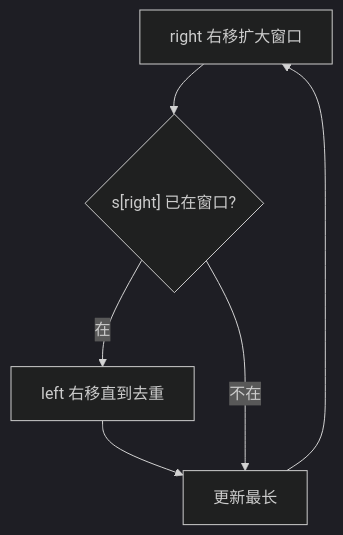
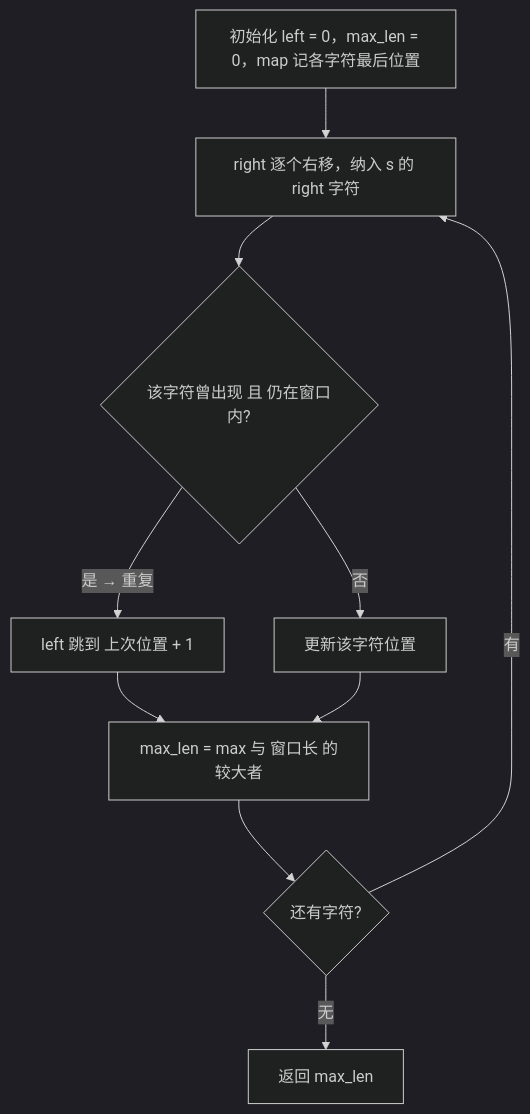
The first of 2 diagrams in 03-滑动窗口/0003-无重复字符的最长子串.md (OctalZero/hot100-py), drawn with Mermaid (dark theme) before and after one commit. The commit also changed other lines of this file and 117 other files, not shown here.

First line of the commit message:
feat: 全题解配图升级为「动画式 mermaid」（总览骨架 + 横向时间线逐步推演）

````diff
--- a/03-滑动窗口/0003-无重复字符的最长子串.md
+++ b/03-滑动窗口/0003-无重复字符的最长子串.md
@@ -18,8 +18,12 @@
 ```mermaid
 flowchart TD
-    A["right 右移扩大窗口"] --> B{"s[right] 已在窗口?"}
-    B -- "在" --> C["left 右移直到去重"]
-    C --> D["更新最长"]
-    B -- "不在" --> D
-    D --> A
+    A["初始化 left = 0，max_len = 0，map 记各字符最后位置"] --> B["right 逐个右移，纳入 s 的 right 字符"]
+    B --> C{"该字符曾出现 且 仍在窗口内?"}
+    C -->|"是 → 重复"| D["left 跳到 上次位置 + 1"]
+    C -->|"否"| E["更新该字符位置"]
+    D --> F["max_len = max 与 窗口长 的较大者"]
+    E --> F
+    F --> G{"还有字符?"}
+    G -->|"有"| B
+    G -->|"无"| H["返回 max_len"]
 ```
````
